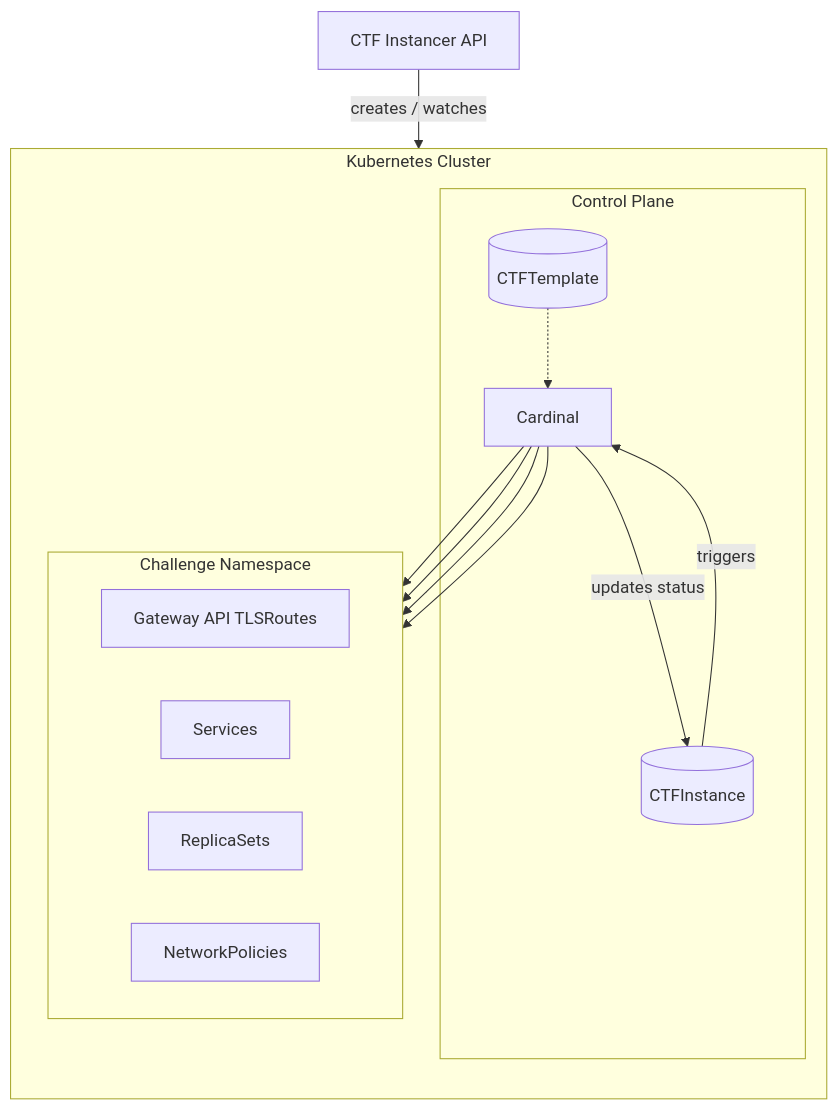
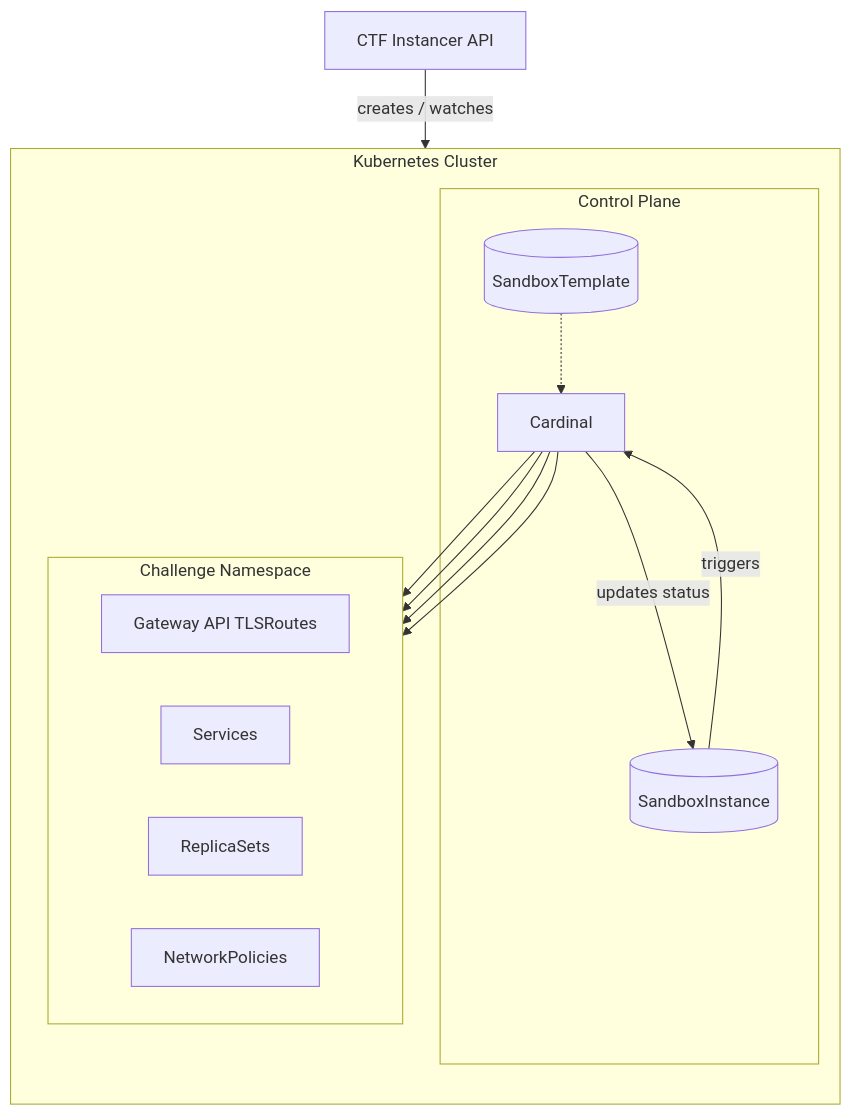
One commit to noctf-project/aincrad changed the diagram in README.md. Above: the diagram before and after it, drawn with Mermaid. The commit also changed other lines of this file and 34 other files, not shown here.

````diff
--- a/README.md
+++ b/README.md
@@ -34,29 +34,29 @@
 ```mermaid
 flowchart TD
     UI["CTF Instancer API"] -->|"creates / watches"| Instance
 
     subgraph Kube ["Kubernetes Cluster"]
         direction TB
 
         subgraph ControlPlane ["Control Plane"]
             Cardinal["Cardinal"]
-            Template[("CTFTemplate")] -.-> Cardinal
-            Instance[("CTFInstance")]
+            Template[("SandboxTemplate")] -.-> Cardinal
+            Instance[("SandboxInstance")]
         end
 
         subgraph ChallengeNS ["Challenge Namespace"]
             direction LR
             Routes["Gateway API TLSRoutes"]
             SVC["Services"]
             RS["ReplicaSets"]
             NP["NetworkPolicies"]
         end
 
         Instance -->|"triggers"| Cardinal
         Cardinal --> Routes
         Cardinal --> SVC
         Cardinal --> RS
         Cardinal --> NP
         Cardinal -->|"updates status"| Instance
     end
 ```
````
